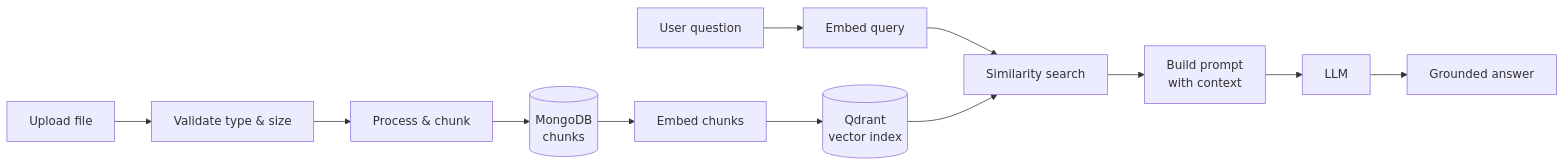
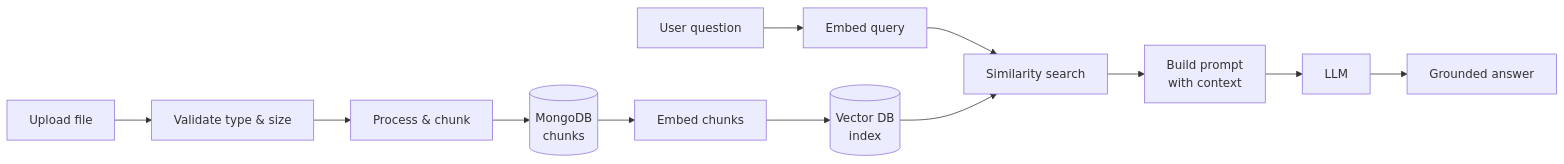
Before and after one commit to alim9hamed/Agenatic_Assistant_Doctor: the third of 3 diagrams in README.md, drawn with Mermaid. The commit also changed other lines of this file, not shown here.

````diff
--- a/README.md
+++ b/README.md
@@ -219,14 +223,14 @@
 ```mermaid
 flowchart LR
     A[Upload file] --> B[Validate type & size]
     B --> C[Process & chunk]
     C --> D[(MongoDB<br/>chunks)]
     D --> E[Embed chunks]
-    E --> F[(Qdrant<br/>vector index)]
+    E --> F[(Vector DB<br/>index)]
     G[User question] --> H[Embed query]
     H --> I[Similarity search]
     F --> I
     I --> J[Build prompt<br/>with context]
     J --> K[LLM]
     K --> L[Grounded answer]
 ```
````
